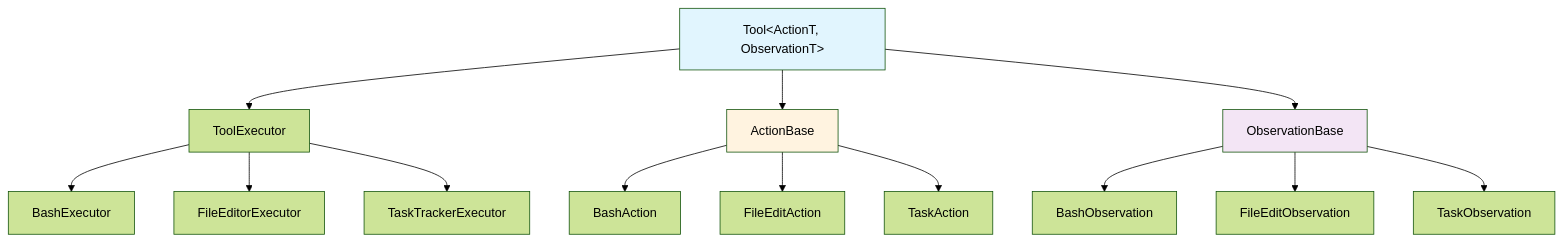
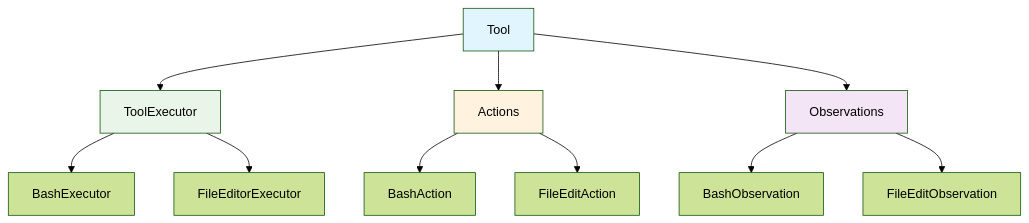
One commit to OpenHands/docs changed the diagram in agent-sdk/architecture/tool-and-mcp.mdx. Above: the diagram before and after it, drawn with Mermaid (forest theme). The commit also changed 5 other files, not shown here.

````diff
--- a/agent-sdk/architecture/tool-and-mcp.mdx
+++ b/agent-sdk/architecture/tool-and-mcp.mdx
@@ -10,22 +10,20 @@
 ```mermaid
-graph TB
-    Tool[Tool&lt;ActionT, ObservationT&gt;] --> ToolExecutor[ToolExecutor]
-    Tool --> ActionBase[ActionBase]
-    Tool --> ObservationBase[ObservationBase]
+graph TD
+    Tool[Tool] --> Executor[ToolExecutor]
+    Tool --> Actions[Actions]
+    Tool --> Observations[Observations]
     
-    ActionBase --> BashAction[BashAction]
-    ActionBase --> FileEditAction[FileEditAction]
-    ActionBase --> TaskAction[TaskAction]
+    Actions --> BashAction[BashAction]
+    Actions --> FileEditAction[FileEditAction]
     
-    ObservationBase --> BashObservation[BashObservation]
-    ObservationBase --> FileEditObservation[FileEditObservation]
-    ObservationBase --> TaskObservation[TaskObservation]
+    Observations --> BashObservation[BashObservation]
+    Observations --> FileEditObservation[FileEditObservation]
     
-    ToolExecutor --> BashExecutor[BashExecutor]
-    ToolExecutor --> FileEditorExecutor[FileEditorExecutor]
-    ToolExecutor --> TaskTrackerExecutor[TaskTrackerExecutor]
+    Executor --> BashExecutor[BashExecutor]
+    Executor --> FileEditorExecutor[FileEditorExecutor]
     
     style Tool fill:#e1f5fe
-    style ActionBase fill:#fff3e0
-    style ObservationBase fill:#f3e5f5
+    style Actions fill:#fff3e0
+    style Observations fill:#f3e5f5
+    style Executor fill:#e8f5e8
 ```
````
